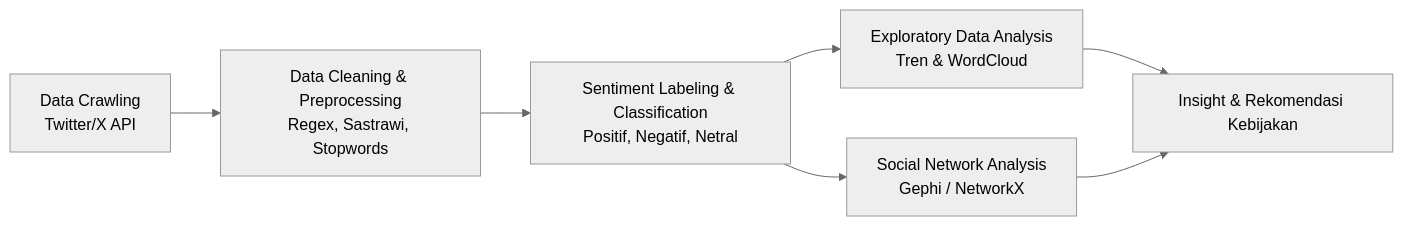
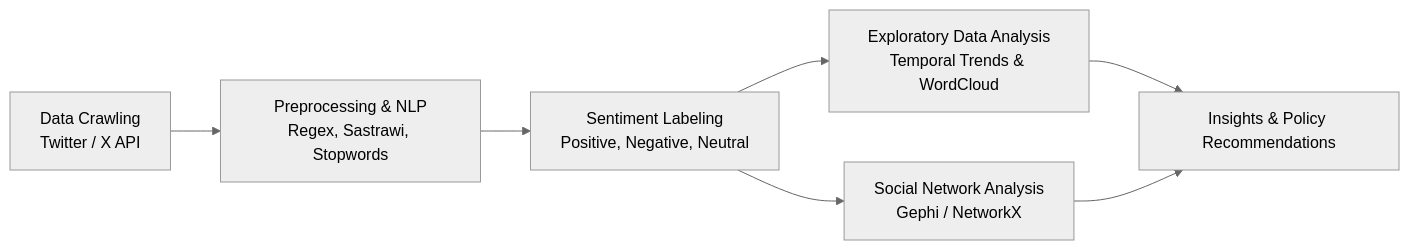
One commit to afauzan14/Public-Sentiment-Analysis-on-School-Lunch-Budget-Policy changed the diagram in README.md. Above: the diagram before and after it, drawn with Mermaid (neutral theme). The commit also changed other lines of this file, not shown here.

````diff
--- a/README.md
+++ b/README.md
@@ -34,9 +34,9 @@
 ```mermaid
 flowchart LR
-    A[Data Crawling<br/>Twitter/X API] --> B[Data Cleaning & Preprocessing<br/>Regex, Sastrawi, Stopwords]
-    B --> C[Sentiment Labeling & Classification<br/>Positif, Negatif, Netral]
-    C --> D[Exploratory Data Analysis<br/>Tren & WordCloud]
-    C --> E[Social Network Analysis<br/>Gephi / NetworkX]
-    D --> F[Insight & Rekomendasi Kebijakan]
+    A["Data Crawling<br/>Twitter / X API"] --> B["Preprocessing & NLP<br/>Regex, Sastrawi, Stopwords"]
+    B --> C["Sentiment Labeling<br/>Positive, Negative, Neutral"]
+    C --> D["Exploratory Data Analysis<br/>Temporal Trends & WordCloud"]
+    C --> E["Social Network Analysis<br/>Gephi / NetworkX"]
+    D --> F["Insights & Policy Recommendations"]
     E --> F
 ```
````
